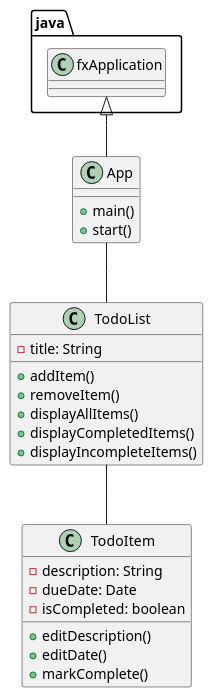
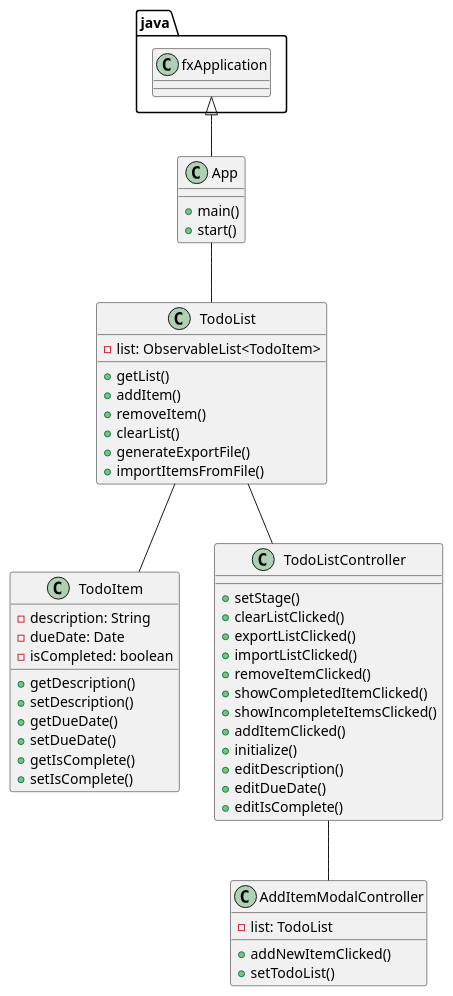
The diagram in UML/TodoListClasses.puml (NickPohlmann/TodoList), drawn with PlantUML before and after one commit. The commit also changed 7 other files, not shown here.

```diff
--- a/UML/TodoListClasses.puml
+++ b/UML/TodoListClasses.puml
@@ -1,32 +1,59 @@
 @startuml
 'https://plantuml.com/class-diagram
 
 class App {
     +main()
     +start()
 }
 class TodoList {
-    'must hold 100 individual items
-    -title: String
+    -list: ObservableList<TodoItem>
 
+    +getList()
     +addItem()
     +removeItem()
-    +displayAllItems()
-    +displayCompletedItems()
-    +displayIncompleteItems()
+    +clearList()
+    +generateExportFile()
+    +importItemsFromFile()
 }
 
 class TodoItem {
     -description: String
     -dueDate: Date
     -isCompleted: boolean
 
+    +getDescription()
+    +setDescription()
+    +getDueDate()
+    +setDueDate()
+    +getIsComplete()
+    +setIsComplete()
+}
+
+class TodoListController {
+    +setStage()
+    +clearListClicked()
+    +exportListClicked()
+    +importListClicked()
+    +removeItemClicked()
+    +showCompletedItemClicked()
+    +showIncompleteItemsClicked()
+    +addItemClicked()
+    +initialize()
     +editDescription()
-    +editDate()
-    +markComplete()
+    +editDueDate()
+    +editIsComplete()
+}
+
+class AddItemModalController {
+    -list: TodoList
+
+    +addNewItemClicked()
+    +setTodoList()
 }
 
 java.fxApplication <|-- App
 App -- TodoList
 TodoList -- TodoItem
+TodoList -- TodoListController
+TodoListController -- AddItemModalController
 @enduml
```
